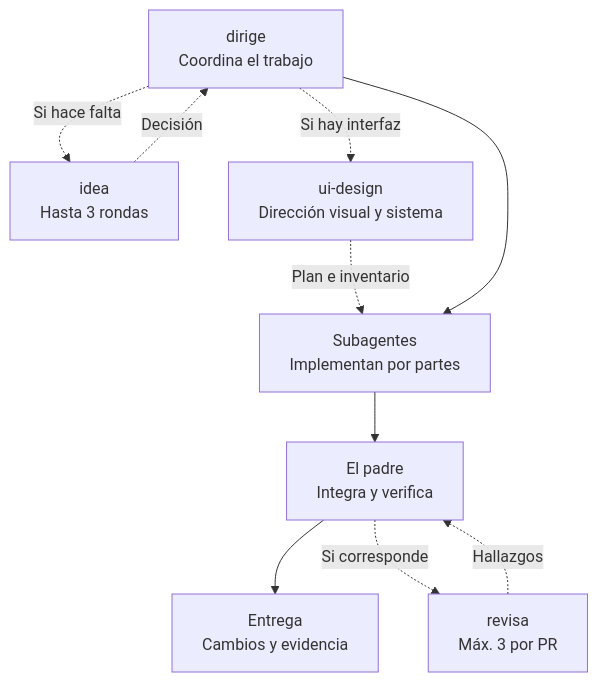
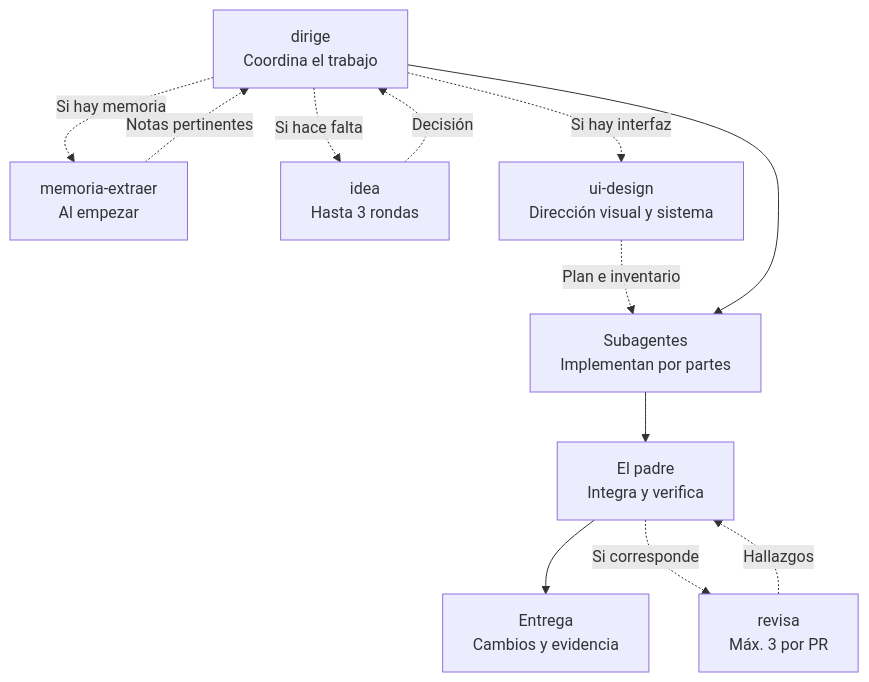
One commit to peqa-ai/peqa-workflows changed the first of 6 diagrams in README.md. Above: the diagram before and after it, drawn with Mermaid. The commit also changed other lines of this file and 15 other files, not shown here.

First line of the commit message:
feat(memoria): dirige recupera memoria al empezar y memoria-recuerda pasa a memoria-guardar

````diff
--- a/README.md
+++ b/README.md
@@ -11,21 +11,24 @@
 ```mermaid
 flowchart TD
     accTitle: Coordinación de una implementación con PEQA
-    accDescr: El padre coordina subagentes, integra y verifica su trabajo. Puede consultar idea para decisiones, fijar con ui-design la dirección visual antes de repartir trabajo de interfaz y pedir a revisa una revisión independiente. Los resultados vuelven al padre, que conserva la responsabilidad de entregar.
+    accDescr: Al empezar, dirige recupera con memoria-extraer las notas del proyecto pertinentes para el encargo, si hay memoria. El padre coordina subagentes, integra y verifica su trabajo. Puede consultar idea para decisiones, fijar con ui-design la dirección visual antes de repartir trabajo de interfaz y pedir a revisa una revisión independiente. Los resultados vuelven al padre, que conserva la responsabilidad de entregar.
 
     dirige["dirige<br/>Coordina el trabajo"]
+    memoria["memoria-extraer<br/>Al empezar"]
     idea["idea<br/>Hasta 3 rondas"]
     ui["ui-design<br/>Dirección visual y sistema"]
     agentes["Subagentes<br/>Implementan por partes"]
     padre["El padre<br/>Integra y verifica"]
     revisa["revisa<br/>Máx. 3 por PR"]
     entrega["Entrega<br/>Cambios y evidencia"]
 
+    dirige -. "Si hay memoria" .-> memoria
+    memoria -. "Notas pertinentes" .-> dirige
     dirige -. "Si hace falta" .-> idea
     idea -. "Decisión" .-> dirige
     dirige -. "Si hay interfaz" .-> ui
     ui -. "Plan e inventario" .-> agentes
     dirige --> agentes --> padre --> entrega
     padre -. "Si corresponde" .-> revisa
     revisa -. "Hallazgos" .-> padre
 ```
````
